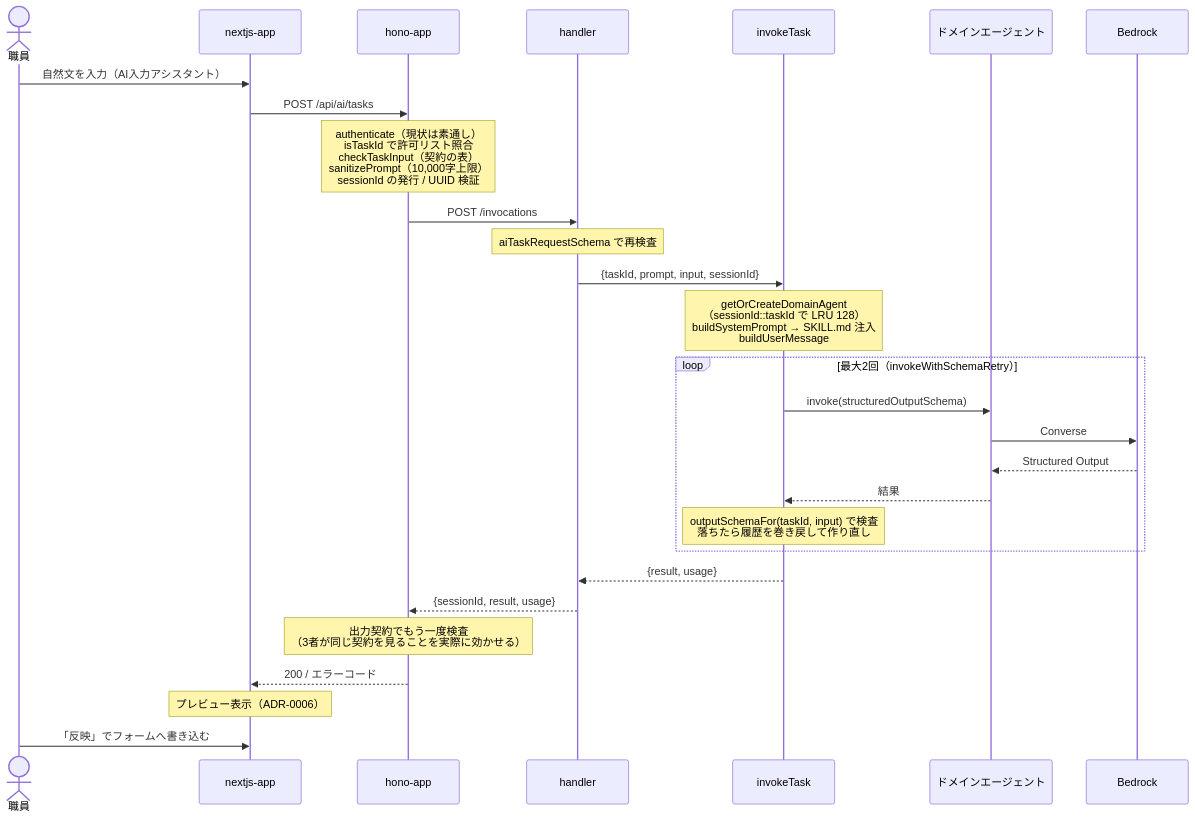
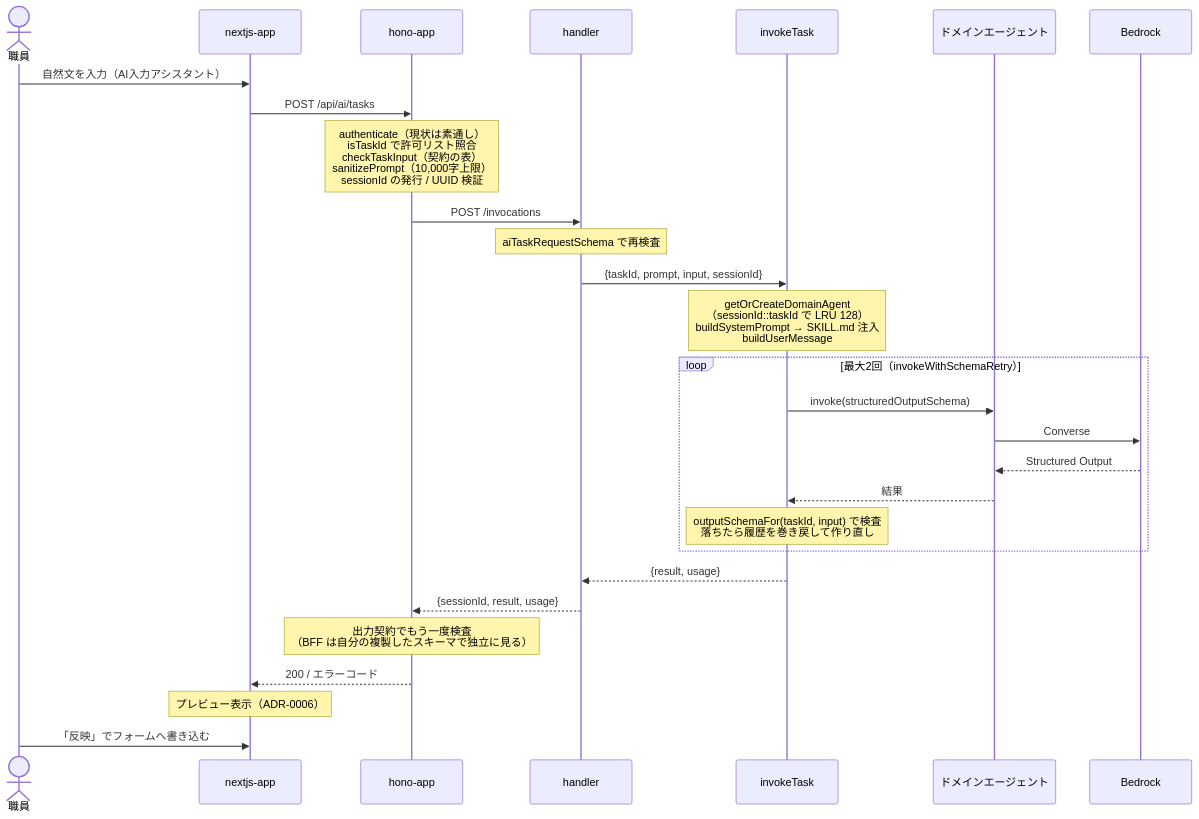
One commit to ag-ke-nakamura/form-echo-agent changed the second of 8 diagrams in docs/architecture.md. Above: the diagram before and after it, drawn with Mermaid. The commit also changed other lines of this file and 23 other files, not shown here.

````diff
--- a/docs/architecture.md
+++ b/docs/architecture.md
@@ -54,36 +45,36 @@
 ```mermaid
 sequenceDiagram
     actor Staff as 職員
     participant UI as nextjs-app
     participant BFF as hono-app
     participant H as handler
     participant IT as invokeTask
     participant AG as ドメインエージェント
     participant BR as Bedrock
 
     Staff->>UI: 自然文を入力（AI入力アシスタント）
     UI->>BFF: POST /api/ai/tasks
 
     Note over BFF: authenticate（現状は素通し）<br/>isTaskId で許可リスト照合<br/>checkTaskInput（契約の表）<br/>sanitizePrompt（10,000字上限）<br/>sessionId の発行 / UUID 検証
 
     BFF->>H: POST /invocations
     Note over H: aiTaskRequestSchema で再検査
 
     H->>IT: {taskId, prompt, input, sessionId}
     Note over IT: getOrCreateDomainAgent<br/>（sessionId::taskId で LRU 128）<br/>buildSystemPrompt → SKILL.md 注入<br/>buildUserMessage
 
     loop 最大2回（invokeWithSchemaRetry）
         IT->>AG: invoke(structuredOutputSchema)
         AG->>BR: Converse
         BR-->>AG: Structured Output
         AG-->>IT: 結果
         Note over IT: outputSchemaFor(taskId, input) で検査<br/>落ちたら履歴を巻き戻して作り直し
     end
 
     IT-->>H: {result, usage}
     H-->>BFF: {sessionId, result, usage}
-    Note over BFF: 出力契約でもう一度検査<br/>（3者が同じ契約を見ることを実際に効かせる）
+    Note over BFF: 出力契約でもう一度検査<br/>（BFF は自分の複製したスキーマで独立に見る）
     BFF-->>UI: 200 / エラーコード
     Note over UI: プレビュー表示（ADR-0006）
     Staff->>UI: 「反映」でフォームへ書き込む
 ```
````
